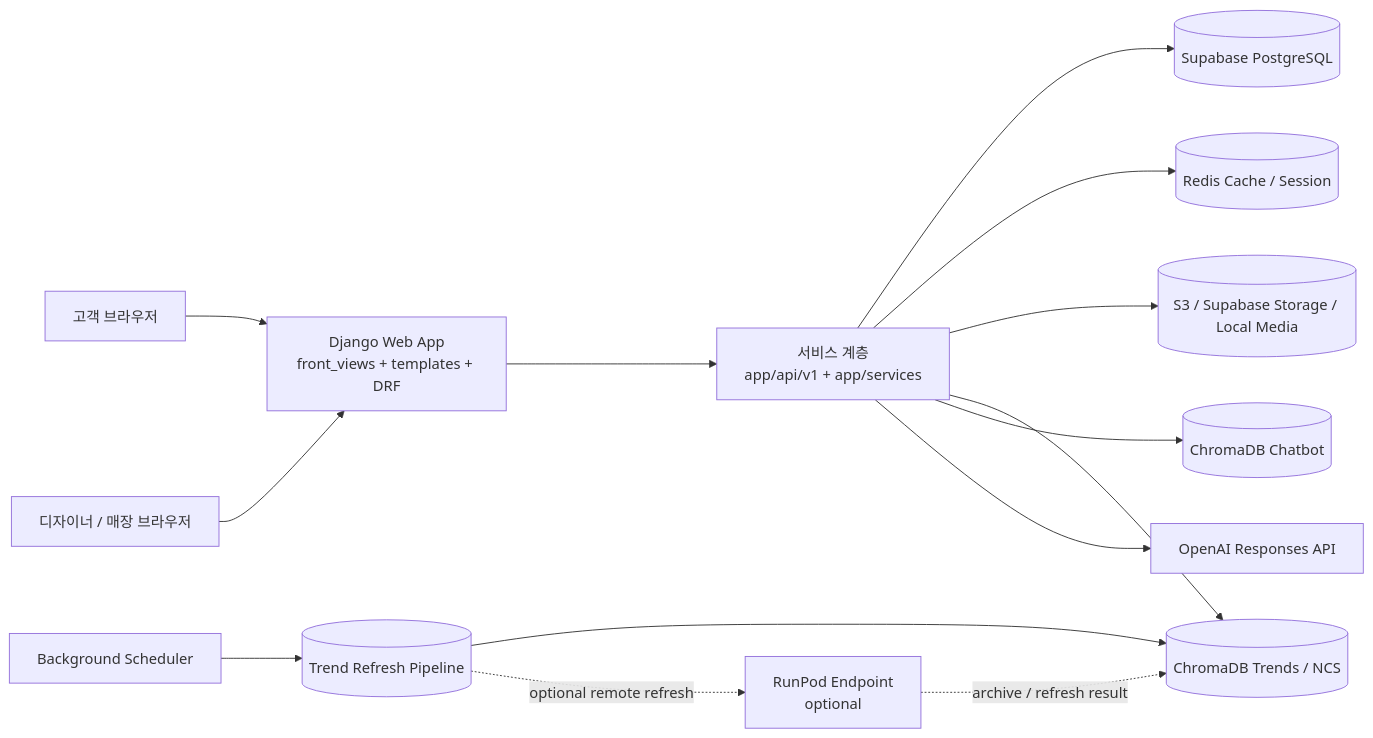
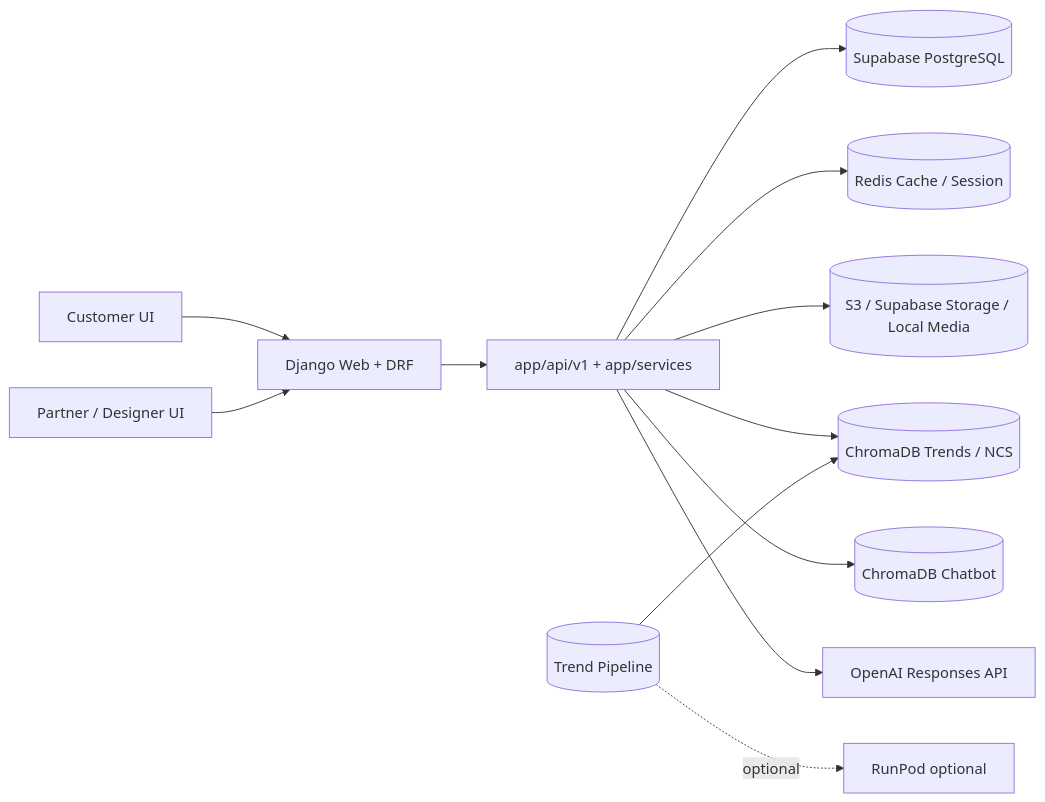
One commit to SKNETWORKS-FAMILY-AICAMP/SKN22-Final-1Team-WEB changed the diagram in README.md. Above: the diagram before and after it, drawn with Mermaid. The commit also changed other lines of this file and 5 other files, not shown here.

````diff
--- a/README.md
+++ b/README.md
@@ -20,30 +52,27 @@
 ```mermaid
 flowchart LR
-    Customer[고객 브라우저]
-    Staff[디자이너 / 매장 브라우저]
-    Django[Django Web App<br/>front_views + templates + DRF]
-    Service[서비스 계층<br/>app/api/v1 + app/services]
+    Customer[Customer UI]
+    Partner[Partner / Designer UI]
+    Django[Django Web + DRF]
+    Services[app/api/v1 + app/services]
     DB[(Supabase PostgreSQL)]
     Redis[(Redis Cache / Session)]
     Storage[(S3 / Supabase Storage / Local Media)]
-    Trend[(Trend Refresh Pipeline)]
-    Trends[(ChromaDB Trends / NCS)]
-    Chatbot[(ChromaDB Chatbot)]
+    Trend[(Trend Pipeline)]
+    TrendStore[(ChromaDB Trends / NCS)]
+    ChatbotStore[(ChromaDB Chatbot)]
     OpenAI[OpenAI Responses API]
-    Scheduler[Background Scheduler]
-    RunPod[RunPod Endpoint<br/>optional]
+    RunPod[RunPod optional]
 
     Customer --> Django
-    Staff --> Django
-    Django --> Service
-    Service --> DB
-    Service --> Redis
-    Service --> Storage
-    Service --> Trends
-    Service --> Chatbot
-    Service --> OpenAI
-    Scheduler --> Trend
-    Trend --> Trends
-    Trend -. optional remote refresh .-> RunPod
-    RunPod -. archive / refresh result .-> Trends
+    Partner --> Django
+    Django --> Services
+    Services --> DB
+    Services --> Redis
+    Services --> Storage
+    Services --> TrendStore
+    Services --> ChatbotStore
+    Services --> OpenAI
+    Trend --> TrendStore
+    Trend -. optional .-> RunPod
 ```
````
